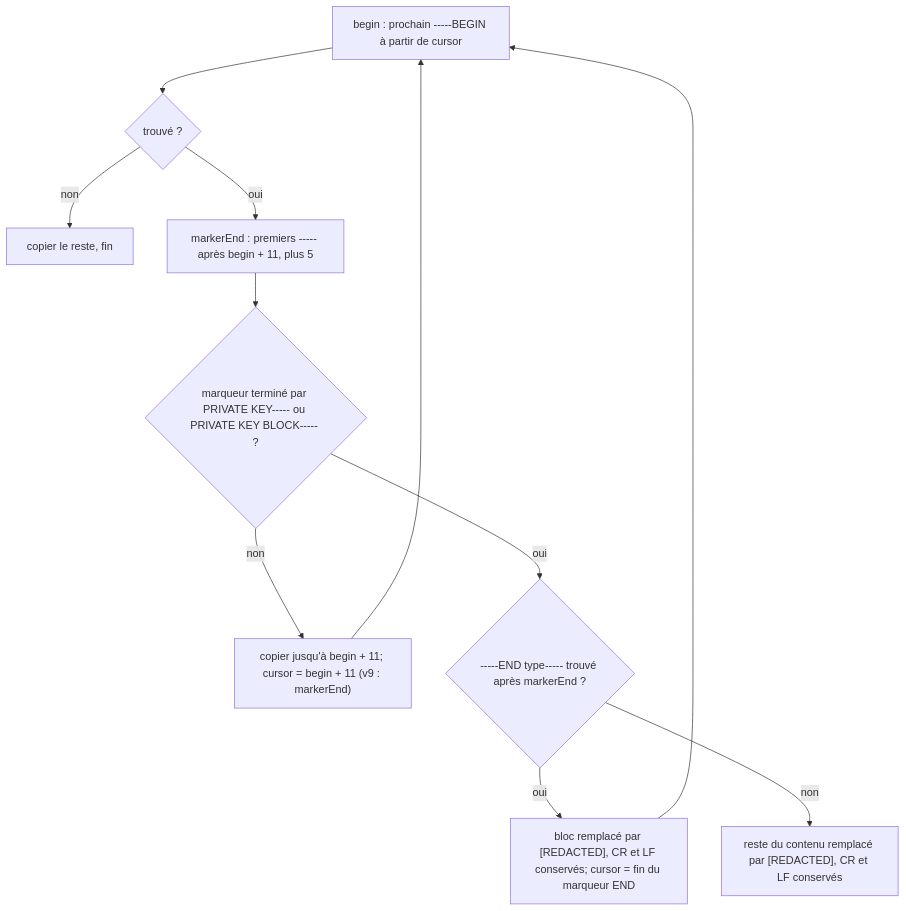
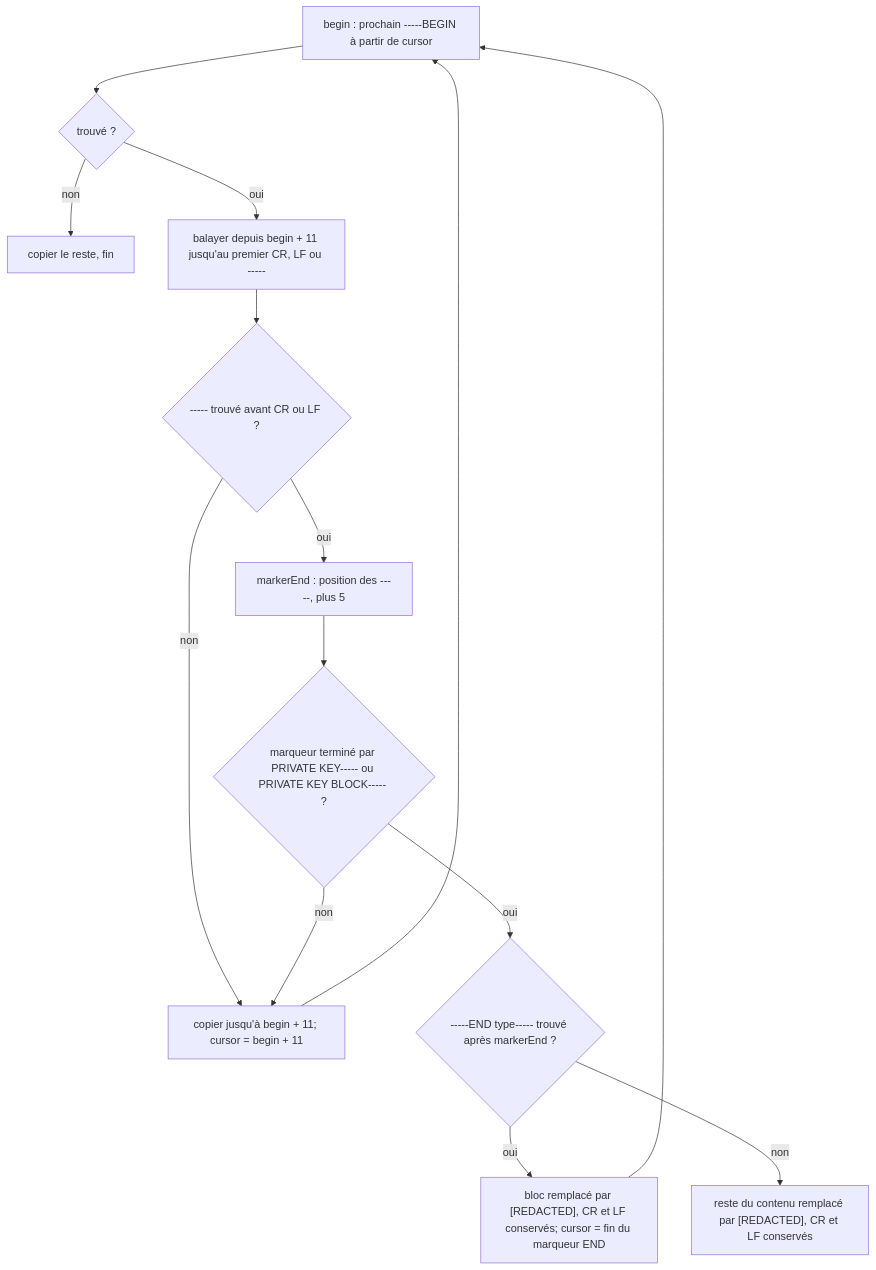
Before and after one commit to FTurleque/nexus-context-engine: the diagram in openspec/changes/sprint-15-redaction-begin-incomplet/design.md, drawn with Mermaid. The commit also changed other lines of this file and 14 other files, not shown here.

````diff
--- a/openspec/changes/sprint-15-redaction-begin-incomplet/design.md
+++ b/openspec/changes/sprint-15-redaction-begin-incomplet/design.md
@@ -38,13 +41,16 @@
 ```mermaid
 flowchart TD
     A["begin : prochain -----BEGIN à partir de cursor"] --> B{"trouvé ?"}
     B -- non --> Z["copier le reste, fin"]
-    B -- oui --> C["markerEnd : premiers ----- après begin + 11, plus 5"]
-    C --> D{"marqueur terminé par PRIVATE KEY----- ou PRIVATE KEY BLOCK----- ?"}
-    D -- non --> E["copier jusqu'à begin + 11; cursor = begin + 11 (v9 : markerEnd)"]
+    B -- oui --> C["balayer depuis begin + 11 jusqu'au premier CR, LF ou -----"]
+    C --> L{"----- trouvé avant CR ou LF ?"}
+    L -- non --> E["copier jusqu'à begin + 11; cursor = begin + 11"]
+    L -- oui --> M["markerEnd : position des -----, plus 5"]
+    M --> D{"marqueur terminé par PRIVATE KEY----- ou PRIVATE KEY BLOCK----- ?"}
+    D -- non --> E
     E --> A
     D -- oui --> F{"-----END type----- trouvé après markerEnd ?"}
     F -- oui --> G["bloc remplacé par [REDACTED], CR et LF conservés; cursor = fin du marqueur END"]
     F -- non --> H["reste du contenu remplacé par [REDACTED], CR et LF conservés"]
     G --> A
 ```
````
